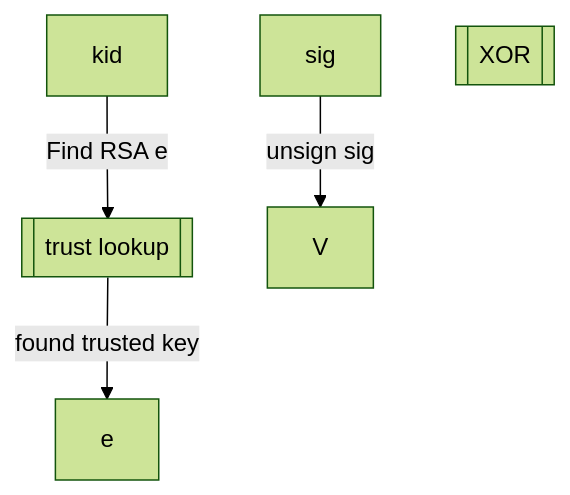
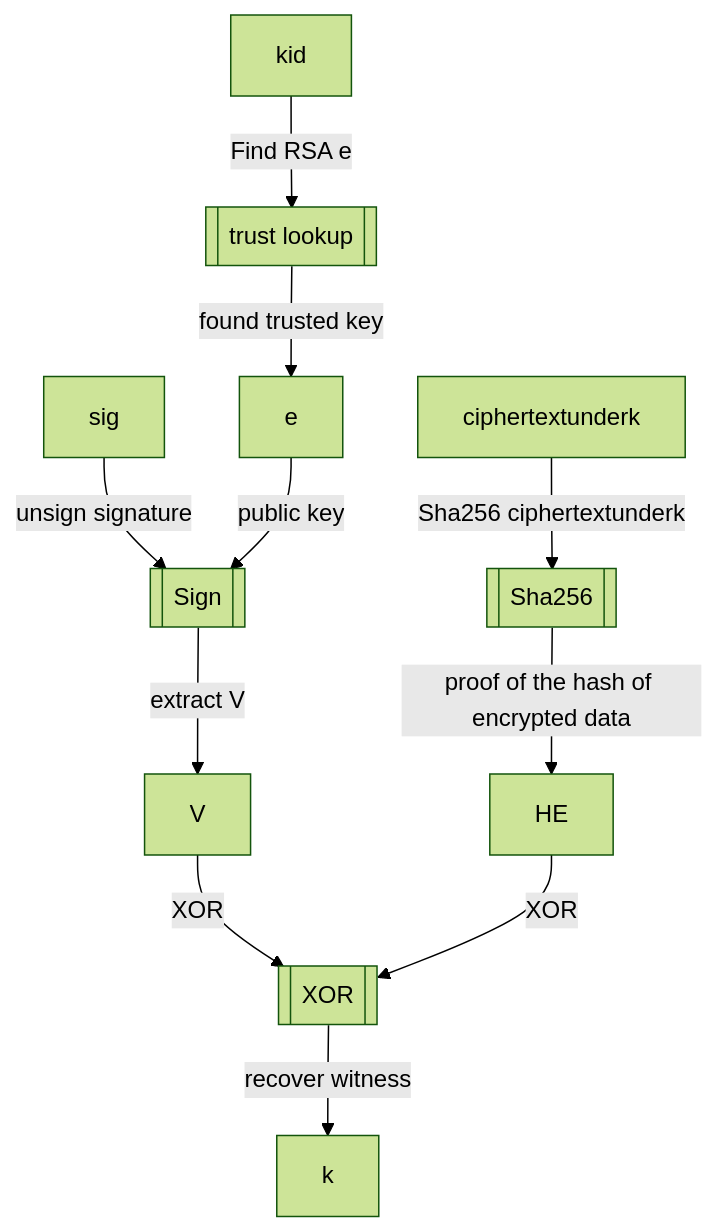
One commit to rfielding/whiskeyTango changed the third of 3 diagrams in README.md. Above: the diagram before and after it, drawn with Mermaid (forest theme).

Commit message:
update diagram

````diff
--- a/README.md
+++ b/README.md
@@ -146,9 +146,19 @@
 ```mermaid
 flowchart TB
   trustlookup[[trust lookup]]
   kid-- Find RSA e -->trustlookup
   trustlookup-- found trusted key -->e
-  sig-- unsign sig -->V
+  Sha256[[Sha256]]
+  ciphertextunderk-- Sha256 ciphertextunderk -->Sha256
+  Sha256-- proof of the hash of encrypted data -->HE
+  Sign[[Sign]]
+  sig-- unsign signature -->Sign
+  e-- public key -->Sign
+  Sign-- extract V -->V
   XOR[[XOR]]
+  V-- XOR -->XOR
+  HE-- XOR -->XOR
+  XOR-- recover witness -->k
+
   
 ```
````
